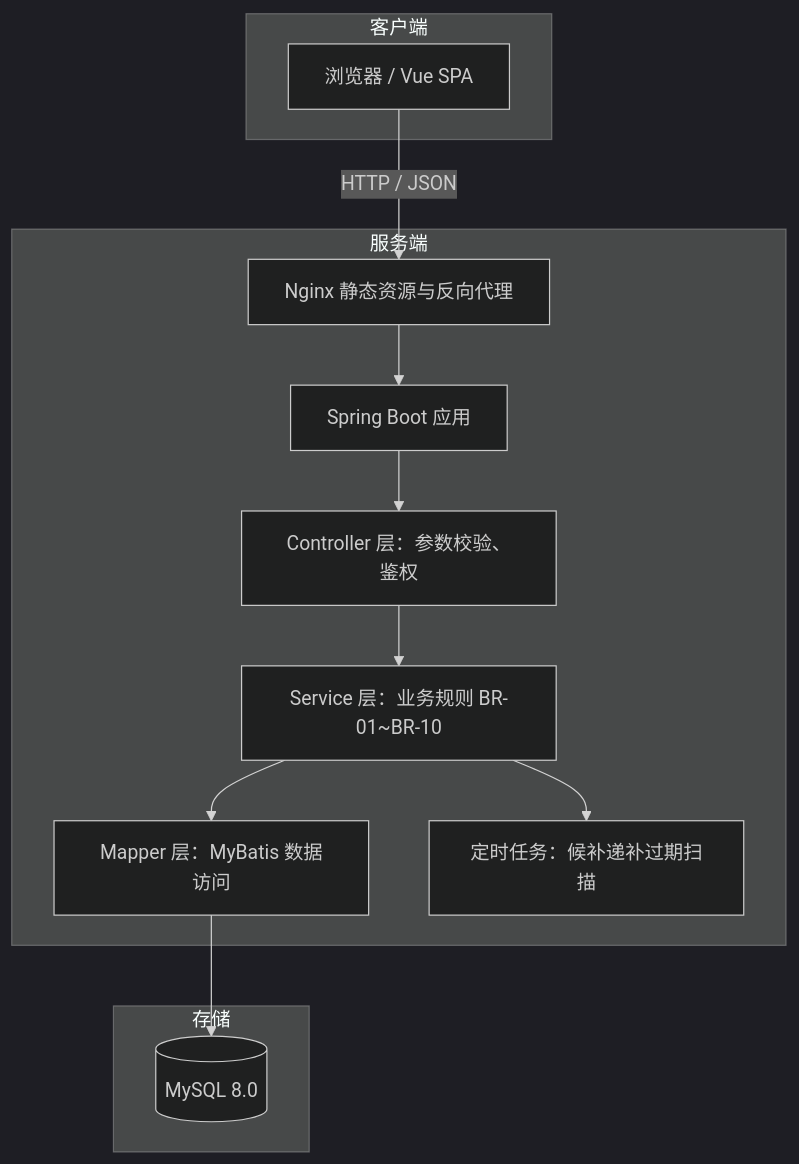
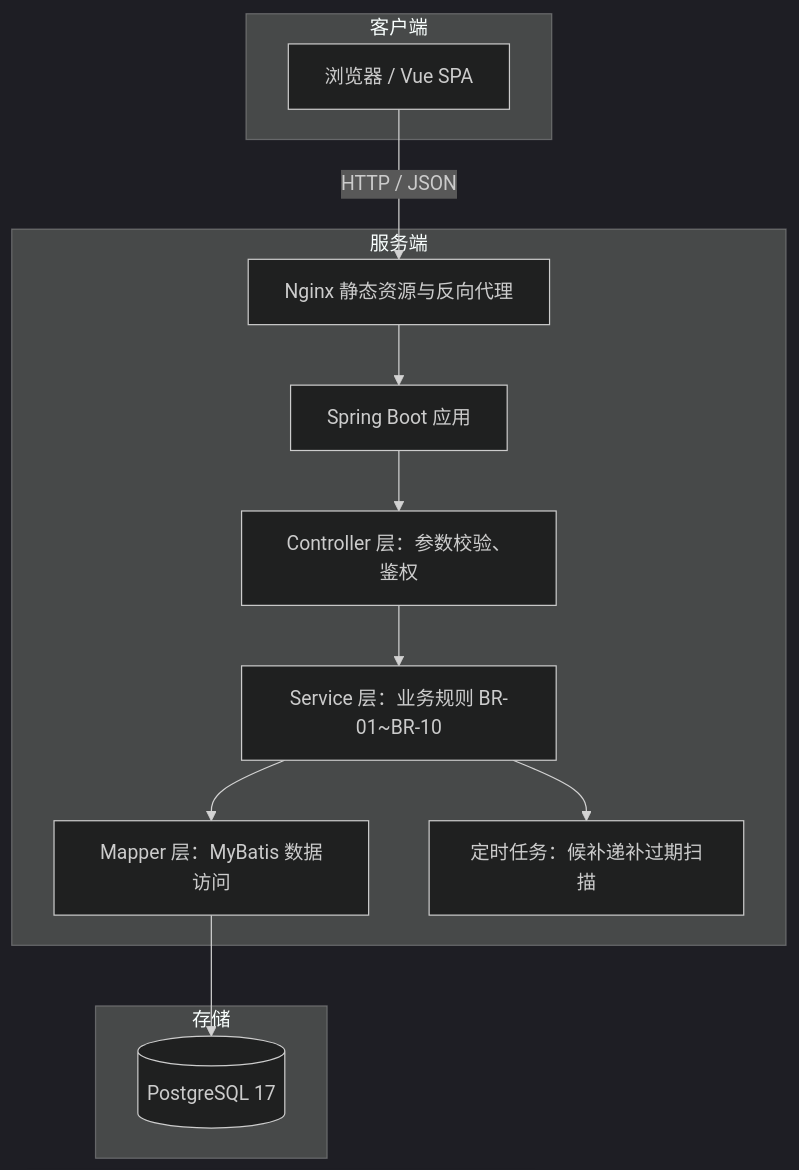
One commit to hixiaosun0921/web_course01 changed the first of 4 diagrams in 文档/系统设计文档.md. Above: the diagram before and after it, drawn with Mermaid (dark theme). The commit also changed other lines of this file and 1 other file, not shown here.

Commit message:
docs: 设计文档 V1.1（PostgreSQL 差异）与测试文档 V1.1（后端接口 19 项 + 端到端 21 项）

````diff
--- a/文档/系统设计文档.md
+++ b/文档/系统设计文档.md
@@ -55,24 +56,24 @@
 ```mermaid
 flowchart TB
     subgraph 客户端
         B[浏览器 / Vue SPA]
     end
 
     subgraph 服务端
         N[Nginx 静态资源与反向代理]
         A[Spring Boot 应用]
         A1[Controller 层：参数校验、鉴权]
         A2[Service 层：业务规则 BR-01~BR-10]
         A3[Mapper 层：MyBatis 数据访问]
         T[定时任务：候补递补过期扫描]
         A --> A1 --> A2 --> A3
         A2 --> T
     end
 
     subgraph 存储
-        DB[(MySQL 8.0)]
+        DB[(PostgreSQL 17)]
     end
 
     B -->|HTTP / JSON| N --> A
     A3 --> DB
 ```
````
